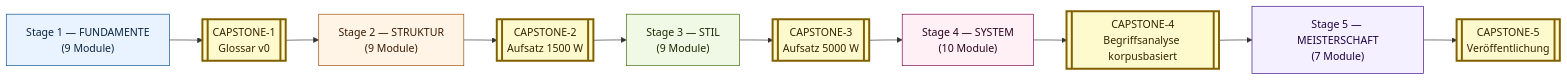
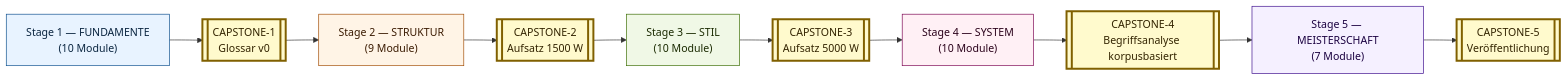
One commit to NicolasDeNigris91/Deutly changed the first of 11 diagrams in framework/00-meta/DAG.md. Above: the diagram before and after it, drawn with Mermaid. The commit also changed other lines of this file and 25 other files, not shown here.

````diff
--- a/framework/00-meta/DAG.md
+++ b/framework/00-meta/DAG.md
@@ -19,23 +19,23 @@
 ```mermaid
 flowchart LR
     classDef stage1 fill:#e8f3ff,stroke:#0a4d8c,color:#0a2540
     classDef stage2 fill:#fff4e6,stroke:#a04a00,color:#3a1a00
     classDef stage3 fill:#f0f8e6,stroke:#3a6b00,color:#1a2a00
     classDef stage4 fill:#fff0f5,stroke:#7a0050,color:#2a001a
     classDef stage5 fill:#f5f0ff,stroke:#3a0a8c,color:#1a0040
     classDef capstone fill:#fffacd,stroke:#806000,color:#332400,stroke-width:3px
 
-    S1["Stage 1 — FUNDAMENTE<br/>(9 Module)"]:::stage1
+    S1["Stage 1 — FUNDAMENTE<br/>(10 Module)"]:::stage1
     S2["Stage 2 — STRUKTUR<br/>(9 Module)"]:::stage2
-    S3["Stage 3 — STIL<br/>(9 Module)"]:::stage3
+    S3["Stage 3 — STIL<br/>(10 Module)"]:::stage3
     S4["Stage 4 — SYSTEM<br/>(10 Module)"]:::stage4
     S5["Stage 5 — MEISTERSCHAFT<br/>(7 Module)"]:::stage5
 
     C1[["CAPSTONE-1<br/>Glossar v0"]]:::capstone
     C2[["CAPSTONE-2<br/>Aufsatz 1500 W"]]:::capstone
     C3[["CAPSTONE-3<br/>Aufsatz 5000 W"]]:::capstone
     C4[["CAPSTONE-4<br/>Begriffsanalyse korpusbasiert"]]:::capstone
     C5[["CAPSTONE-5<br/>Veröffentlichung"]]:::capstone
 
     S1 --> C1 --> S2 --> C2 --> S3 --> C3 --> S4 --> C4 --> S5 --> C5
 ```
````
